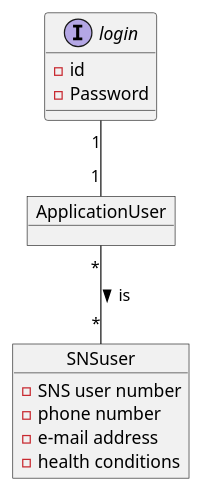
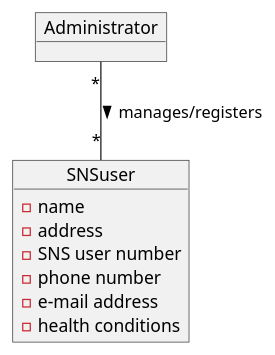
Before and after one commit to osnilas/SNSsystem: the diagram in docs/SprintC/US014/US014_DM.puml, drawn with PlantUML. The commit also changed 11 other files, not shown here.

```diff
--- a/docs/SprintC/US014/US014_DM.puml
+++ b/docs/SprintC/US014/US014_DM.puml
@@ -1,19 +1,18 @@
 @startuml
 'https://plantuml.com/class-diagram
 
-interface login{
--id
--Password
-}
+
 object SNSuser{
+-name
+-address
 -SNS user number
 -phone number
 -e-mail address
 -health conditions
 }
-object ApplicationUser
+object Administrator
 
-ApplicationUser"*" -- "*"SNSuser: > is
-login"1"--"1"ApplicationUser
+Administrator"*" -- "*" SNSuser: > manages/registers
+
 
 @enduml
```
